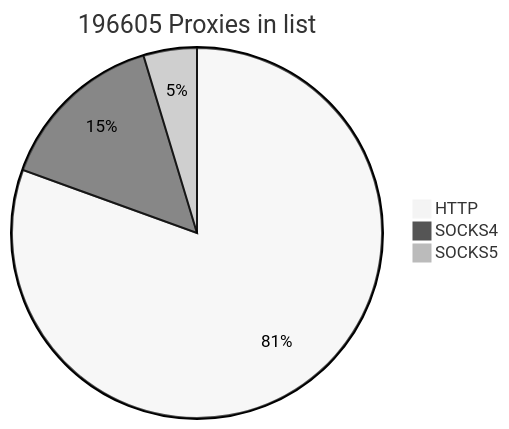
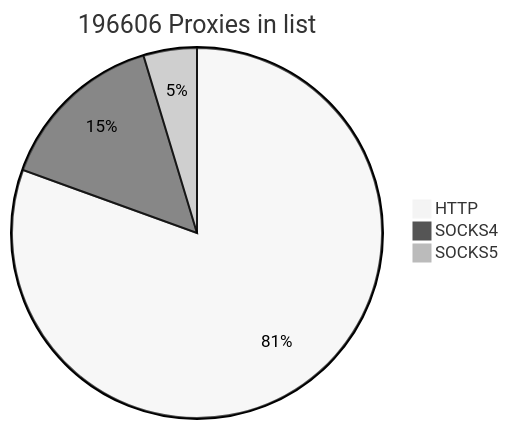
The first of 2 diagrams in README.md (cutipu/proxylist), drawn with Mermaid (neutral theme) before and after one commit. The commit also changed other lines of this file, not shown here.

````diff
--- a/README.md
+++ b/README.md
@@ -2,7 +2,7 @@
 ```mermaid
-pie title 196605 Proxies in list
-    "HTTP" : 158335
-    "SOCKS4" : 29102
-    "SOCKS5" : 9168
+pie title 196606 Proxies in list
+    "HTTP" : 158334
+    "SOCKS4" : 29103
+    "SOCKS5" : 9169
             
 ```
````
